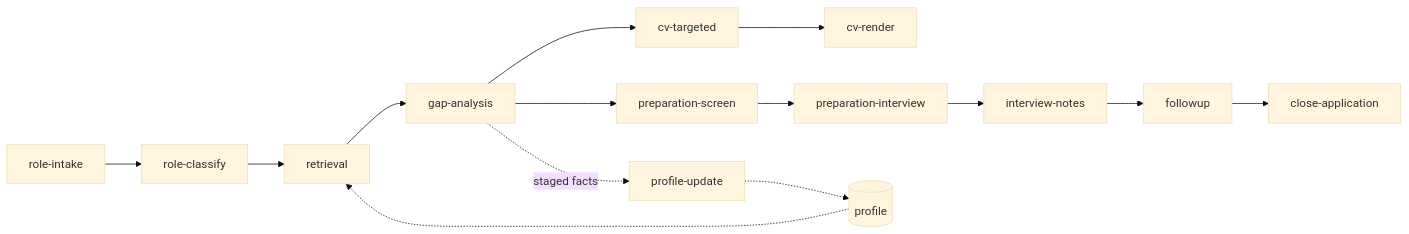
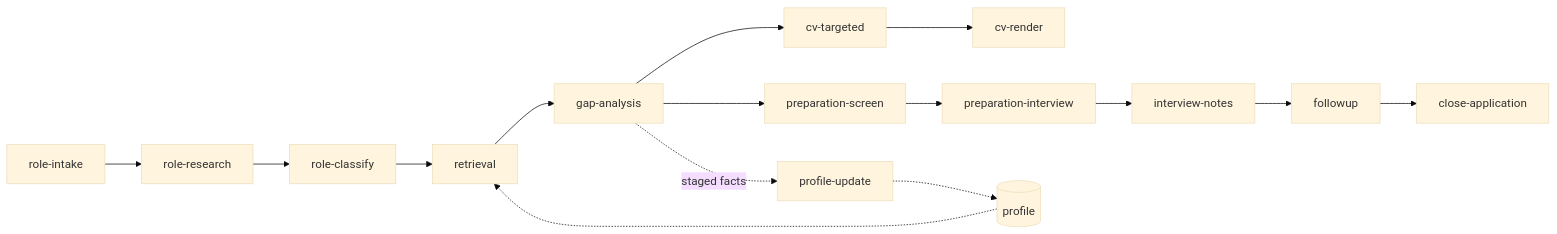
The diagram in README.md (delos001/career), drawn with Mermaid (base theme) before and after one commit. The commit also changed other lines of this file and 46 other files, not shown here.

First line of the commit message:
Role-research split from role-intake; one activity per phase

````diff
--- a/README.md
+++ b/README.md
@@ -121,16 +121,17 @@
 ```mermaid
 flowchart LR
-    A[role-intake] --> A2[role-classify]
+    A[role-intake] --> A1[role-research]
+    A1 --> A2[role-classify]
     A2 --> B[retrieval]
     B --> C[gap-analysis]
     C --> D[cv-targeted]
     D --> E[cv-render]
     C --> F[preparation-screen]
     F --> G[preparation-interview]
     G --> H[interview-notes]
     H --> I[followup]
     I --> J[close-application]
     C -.staged facts.-> K[profile-update]
     K -.-> L[(profile)]
     L -.-> B
 ```
````
